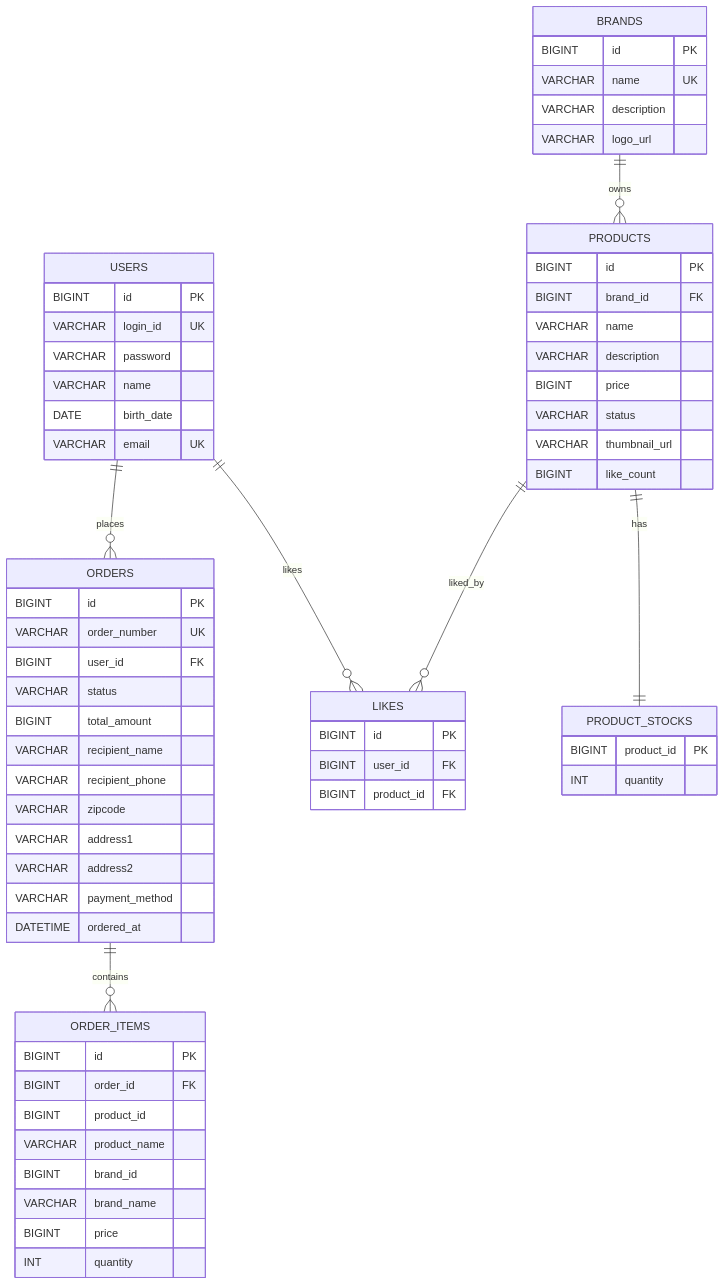
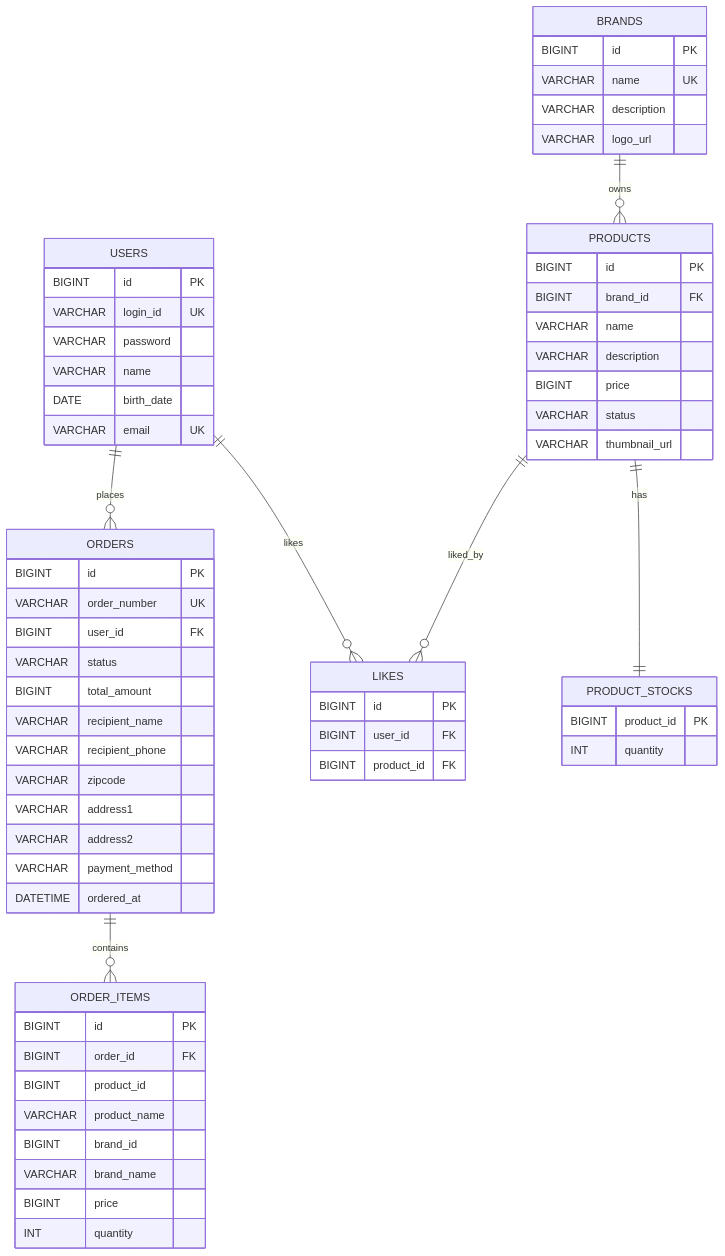
One commit to loopers-labs/loop-pack-be-l2-vol4-java changed the diagram in docs/week2/04-erd.md. Above: the diagram before and after it, drawn with Mermaid. The commit also changed other lines of this file and 12 other files, not shown here.

First line of the commit message:
refactor: product like_count 비정규화 제거, likes_desc는 매번 집계로 처리

````diff
--- a/docs/week2/04-erd.md
+++ b/docs/week2/04-erd.md
@@ -12,73 +12,72 @@
 ```mermaid
 erDiagram
     USERS ||--o{ LIKES : likes
     USERS ||--o{ ORDERS : places
     BRANDS ||--o{ PRODUCTS : owns
     PRODUCTS ||--|| PRODUCT_STOCKS : has
     PRODUCTS ||--o{ LIKES : liked_by
     ORDERS ||--o{ ORDER_ITEMS : contains
 
     USERS {
         BIGINT id PK
         VARCHAR login_id UK
         VARCHAR password
         VARCHAR name
         DATE birth_date
         VARCHAR email UK
     }
 
     BRANDS {
         BIGINT id PK
         VARCHAR name UK
         VARCHAR description
         VARCHAR logo_url
     }
 
     PRODUCTS {
         BIGINT id PK
         BIGINT brand_id FK
         VARCHAR name
         VARCHAR description
         BIGINT price
         VARCHAR status
         VARCHAR thumbnail_url
-        BIGINT like_count
     }
 
     PRODUCT_STOCKS {
         BIGINT product_id PK
         INT quantity
     }
 
     LIKES {
         BIGINT id PK
         BIGINT user_id FK
         BIGINT product_id FK
     }
 
     ORDERS {
         BIGINT id PK
         VARCHAR order_number UK
         BIGINT user_id FK
         VARCHAR status
         BIGINT total_amount
         VARCHAR recipient_name
         VARCHAR recipient_phone
         VARCHAR zipcode
         VARCHAR address1
         VARCHAR address2
         VARCHAR payment_method
         DATETIME ordered_at
     }
 
     ORDER_ITEMS {
         BIGINT id PK
         BIGINT order_id FK
         BIGINT product_id
         VARCHAR product_name
         BIGINT brand_id
         VARCHAR brand_name
         BIGINT price
         INT quantity
     }
 ```
````
